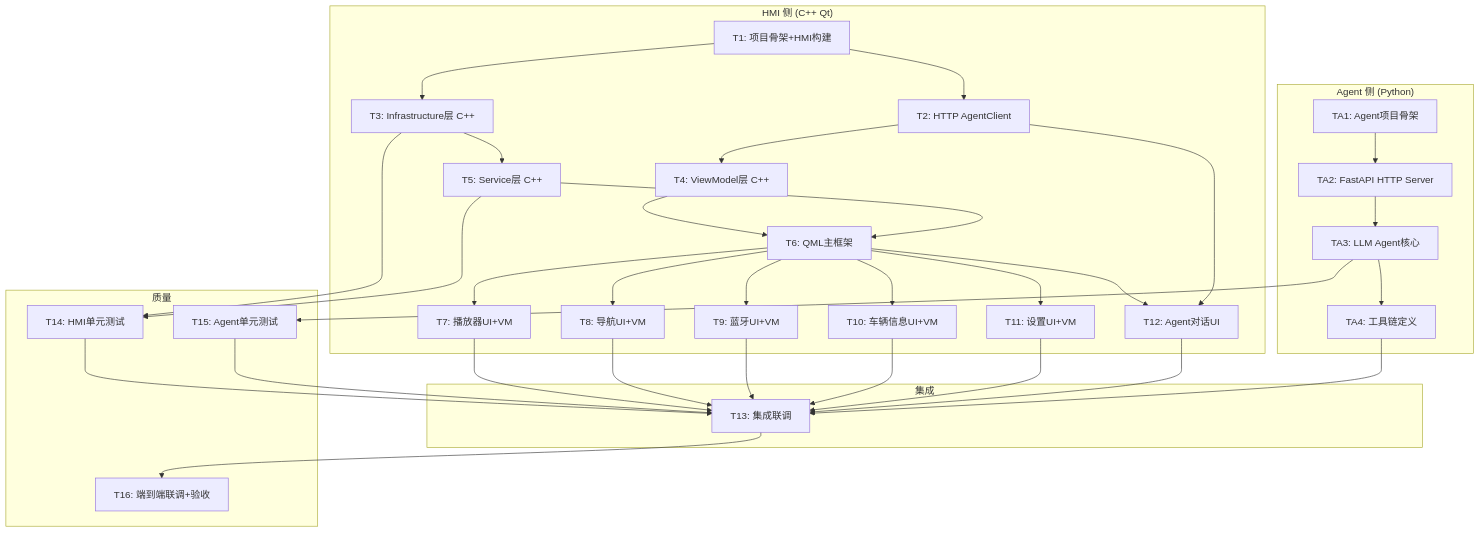
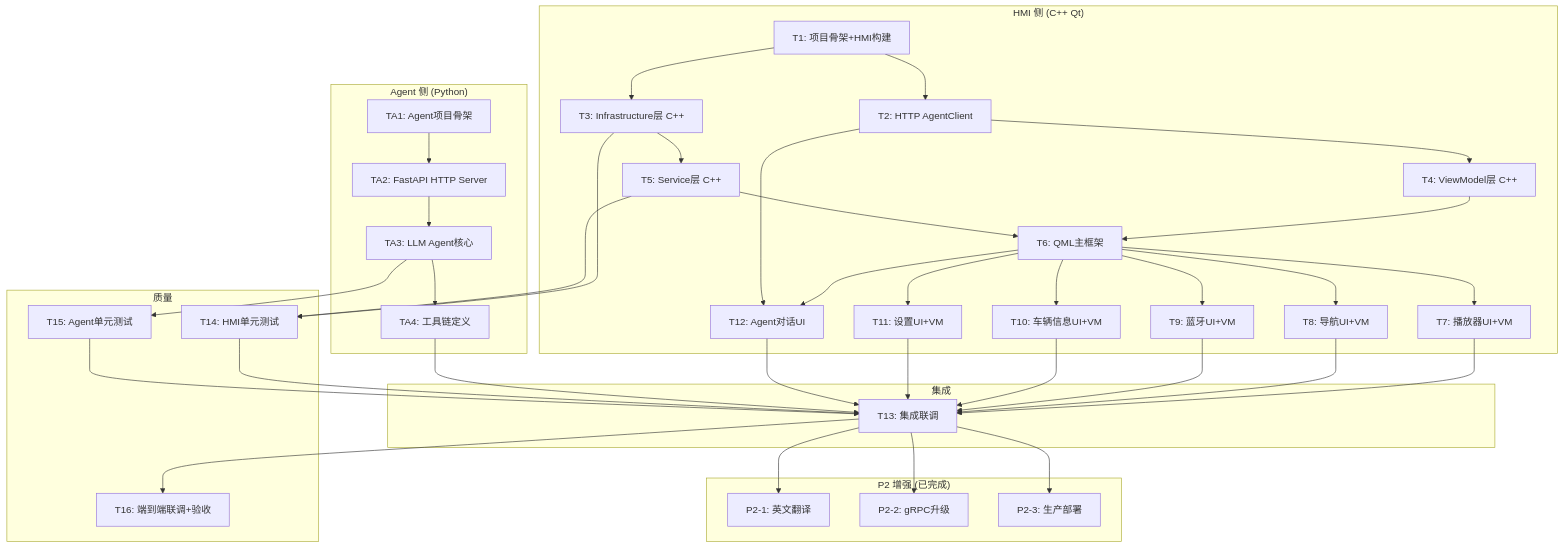
Before and after one commit to Li-quanzhao/Car_entertainment_system: the diagram in docs/车载娱乐系统/TASKS_车载娱乐系统.md, drawn with Mermaid. The commit also changed other lines of this file and 49 other files, not shown here.

````diff
--- a/docs/车载娱乐系统/TASKS_车载娱乐系统.md
+++ b/docs/车载娱乐系统/TASKS_车载娱乐系统.md
@@ -5,43 +5,49 @@
 ```mermaid
 graph TD
     subgraph "HMI 侧 (C++ Qt)"
         T1[T1: 项目骨架+HMI构建] --> T3[T3: Infrastructure层 C++]
         T1 --> T2[T2: HTTP AgentClient]
         T3 --> T5[T5: Service层 C++]
         T2 --> T4[T4: ViewModel层 C++]
         T4 --> T6[T6: QML主框架]
         T5 --> T6
         T6 --> T7[T7: 播放器UI+VM]
         T6 --> T8[T8: 导航UI+VM]
         T6 --> T9[T9: 蓝牙UI+VM]
         T6 --> T10[T10: 车辆信息UI+VM]
         T6 --> T11[T11: 设置UI+VM]
         T6 --> T12[T12: Agent对话UI]
         T2 --> T12
     end
 
     subgraph "Agent 侧 (Python)"
         TA1[TA1: Agent项目骨架] --> TA2[TA2: FastAPI HTTP Server]
         TA2 --> TA3[TA3: LLM Agent核心]
         TA3 --> TA4[TA4: 工具链定义]
     end
 
     subgraph "集成"
         T7 --> T13[T13: 集成联调]
         T8 --> T13
         T9 --> T13
         T10 --> T13
         T11 --> T13
         T12 --> T13
         TA4 --> T13
     end
 
     subgraph "质量"
         T3 --> T14[T14: HMI单元测试]
         T5 --> T14
         TA3 --> T15[T15: Agent单元测试]
         T14 --> T13
         T15 --> T13
         T13 --> T16[T16: 端到端联调+验收]
     end
+
+    subgraph "P2 增强 (已完成)"
+        T13 --> P21[P2-1: 英文翻译]
+        T13 --> P22[P2-2: gRPC升级]
+        T13 --> P23[P2-3: 生产部署]
+    end
 ```
````
